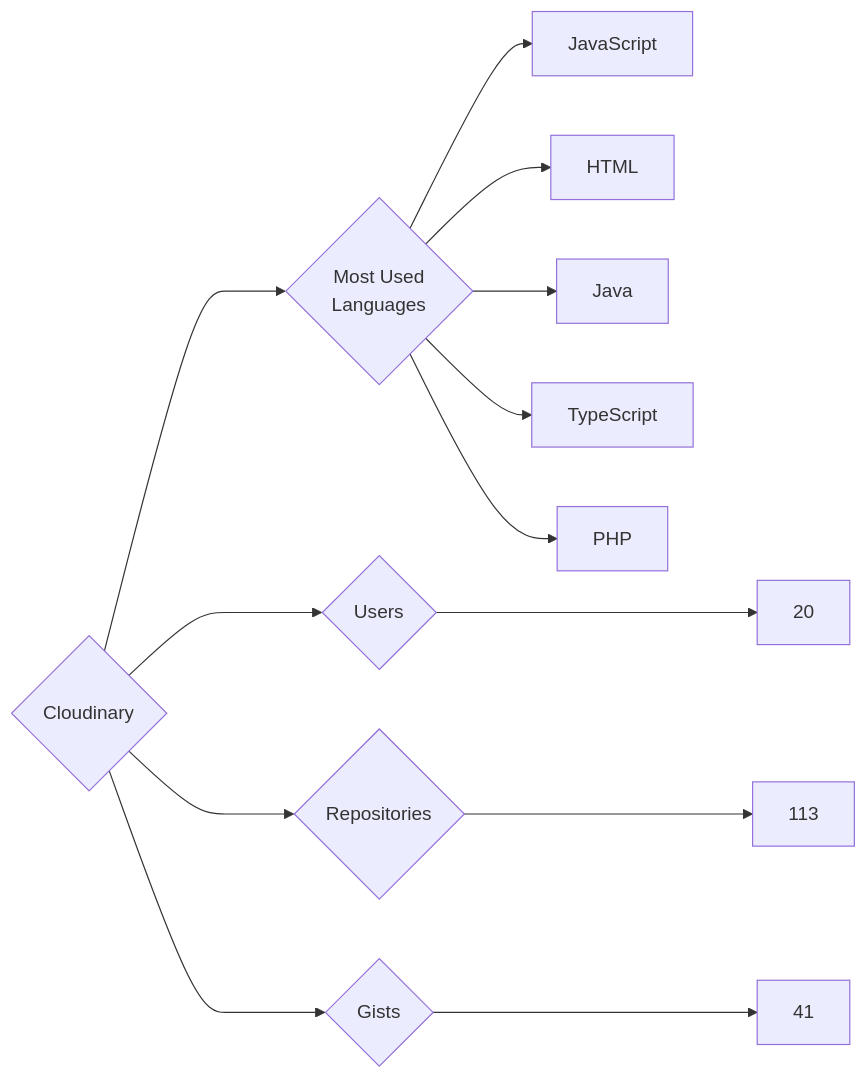
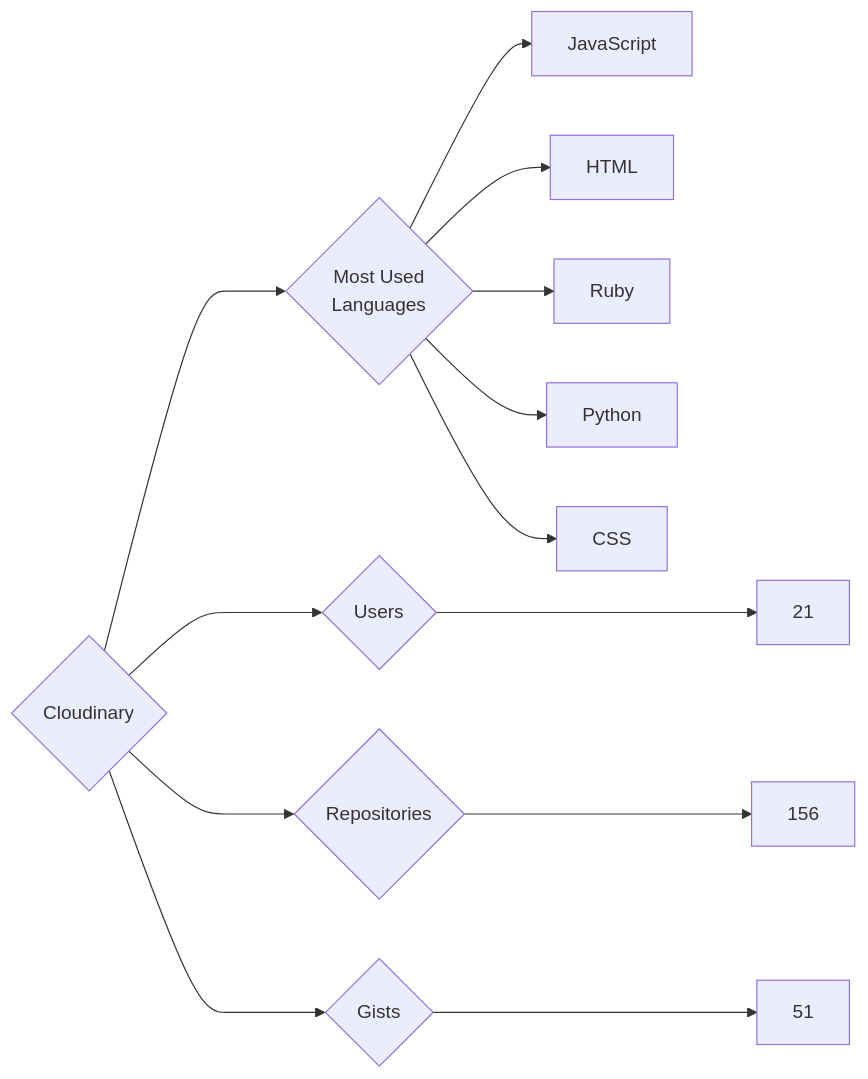
The diagram in targets/Cloudinary/README.md (trickest/insiders), drawn with Mermaid before and after one commit. The commit also changed 872 other files, not shown here.

````diff
--- a/targets/Cloudinary/README.md
+++ b/targets/Cloudinary/README.md
@@ -3,13 +3,13 @@
 ```mermaid
 graph LR
 COMPANY_NAME{Cloudinary}
-COMPANY_NAME ---> U{Users} ---> UN[20]
-COMPANY_NAME ---> R{Repositories} ---> RN[113]
-COMPANY_NAME ---> G{Gists} ---> GN[41]
+COMPANY_NAME ---> U{Users} ---> UN[21]
+COMPANY_NAME ---> R{Repositories} ---> RN[156]
+COMPANY_NAME ---> G{Gists} ---> GN[51]
 COMPANY_NAME ---> ML{Most Used<br>Languages}
 ML --> JavaScript[JavaScript]
 ML --> HTML[HTML]
-ML --> Java[Java]
-ML --> TypeScript[TypeScript]
-ML --> PHP[PHP]
+ML --> Ruby[Ruby]
+ML --> Python[Python]
+ML --> CSS[CSS]
 ```
````
